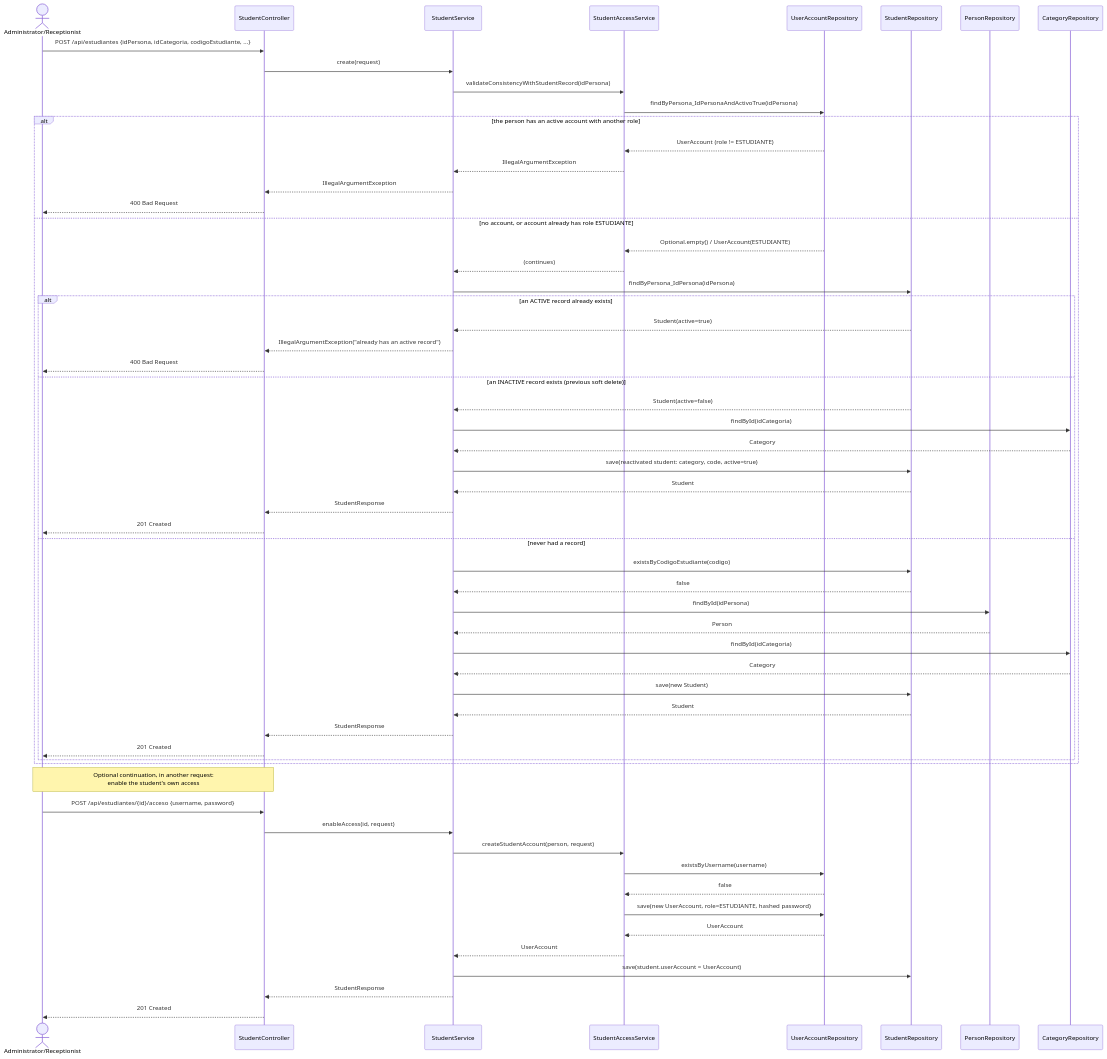
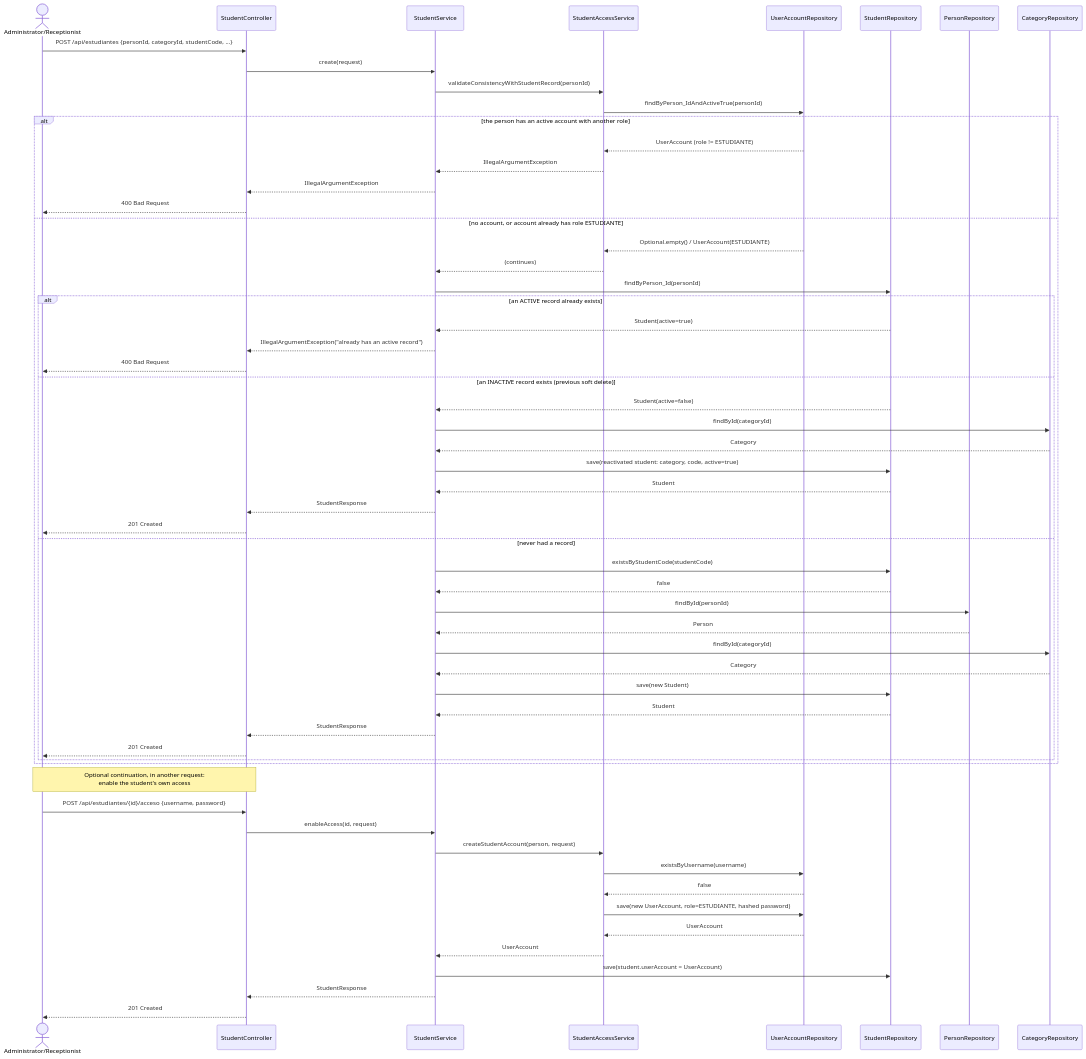
One commit to DarwinSM21/SGED_APPWEB changed the second of 3 diagrams in docs/diagramas/diagramas-secuencia.md. Above: the diagram before and after it, drawn with Mermaid. The commit also changed other lines of this file and 6 other files, not shown here.

````diff
--- a/docs/diagramas/diagramas-secuencia.md
+++ b/docs/diagramas/diagramas-secuencia.md
@@ -100,65 +102,65 @@
 ```mermaid
 sequenceDiagram
     actor A as Administrator/Receptionist
     participant EC as StudentController
     participant ES as StudentService
     participant EAS as StudentAccessService
     participant UR as UserAccountRepository
     participant ER as StudentRepository
     participant PR as PersonRepository
     participant CR as CategoryRepository
 
-    A->>EC: POST /api/estudiantes {idPersona, idCategoria, codigoEstudiante, ...}
+    A->>EC: POST /api/estudiantes {personId, categoryId, studentCode, ...}
     EC->>ES: create(request)
-    ES->>EAS: validateConsistencyWithStudentRecord(idPersona)
-    EAS->>UR: findByPersona_IdPersonaAndActivoTrue(idPersona)
+    ES->>EAS: validateConsistencyWithStudentRecord(personId)
+    EAS->>UR: findByPerson_IdAndActiveTrue(personId)
 
     alt the person has an active account with another role
         UR-->>EAS: UserAccount (role != ESTUDIANTE)
         EAS-->>ES: IllegalArgumentException
         ES-->>EC: IllegalArgumentException
         EC-->>A: 400 Bad Request
     else no account, or account already has role ESTUDIANTE
         UR-->>EAS: Optional.empty() / UserAccount(ESTUDIANTE)
         EAS-->>ES: (continues)
-        ES->>ER: findByPersona_IdPersona(idPersona)
+        ES->>ER: findByPerson_Id(personId)
 
         alt an ACTIVE record already exists
             ER-->>ES: Student(active=true)
             ES-->>EC: IllegalArgumentException("already has an active record")
             EC-->>A: 400 Bad Request
         else an INACTIVE record exists (previous soft delete)
             ER-->>ES: Student(active=false)
-            ES->>CR: findById(idCategoria)
+            ES->>CR: findById(categoryId)
             CR-->>ES: Category
             ES->>ER: save(reactivated student: category, code, active=true)
             ER-->>ES: Student
             ES-->>EC: StudentResponse
             EC-->>A: 201 Created
         else never had a record
-            ES->>ER: existsByCodigoEstudiante(codigo)
+            ES->>ER: existsByStudentCode(studentCode)
             ER-->>ES: false
-            ES->>PR: findById(idPersona)
+            ES->>PR: findById(personId)
             PR-->>ES: Person
-            ES->>CR: findById(idCategoria)
+            ES->>CR: findById(categoryId)
             CR-->>ES: Category
             ES->>ER: save(new Student)
             ER-->>ES: Student
             ES-->>EC: StudentResponse
             EC-->>A: 201 Created
         end
     end
 
     Note over A,EC: Optional continuation, in another request:<br/>enable the student's own access
     A->>EC: POST /api/estudiantes/{id}/acceso {username, password}
     EC->>ES: enableAccess(id, request)
     ES->>EAS: createStudentAccount(person, request)
     EAS->>UR: existsByUsername(username)
     UR-->>EAS: false
     EAS->>UR: save(new UserAccount, role=ESTUDIANTE, hashed password)
     UR-->>EAS: UserAccount
     EAS-->>ES: UserAccount
     ES->>ER: save(student.userAccount = UserAccount)
     ES-->>EC: StudentResponse
     EC-->>A: 201 Created
 ```
````
